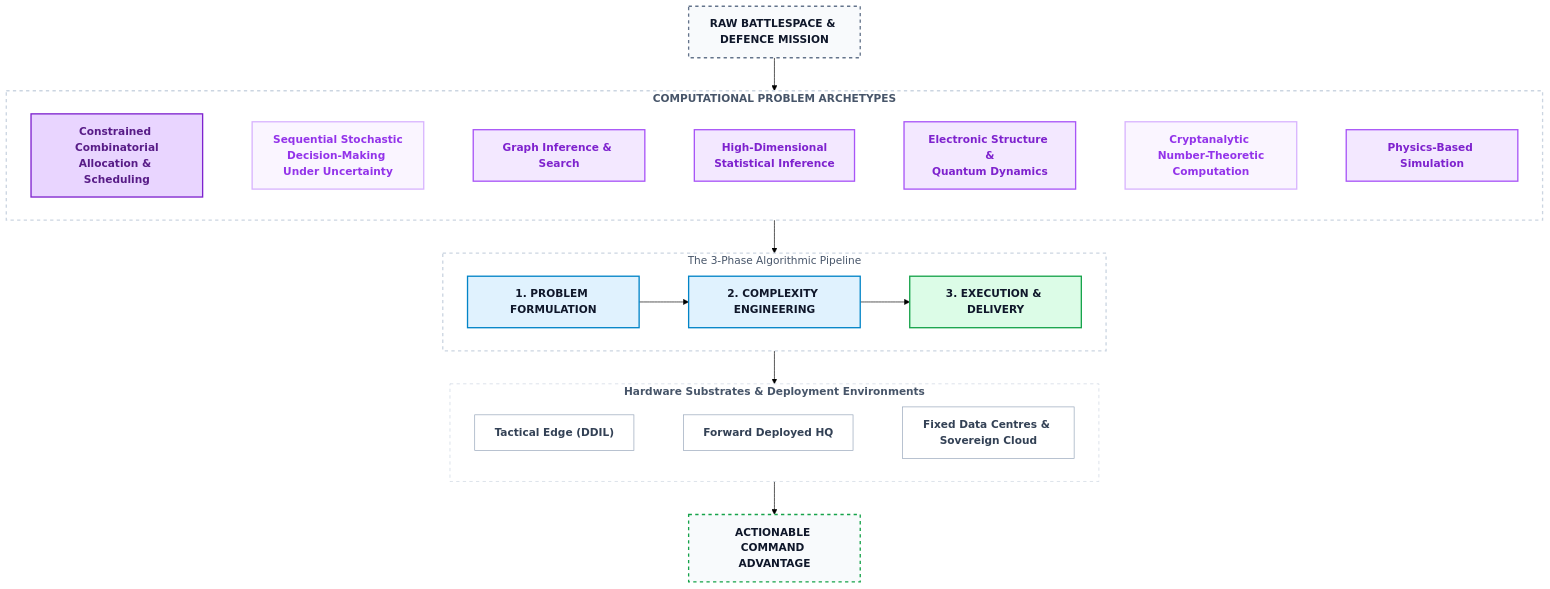
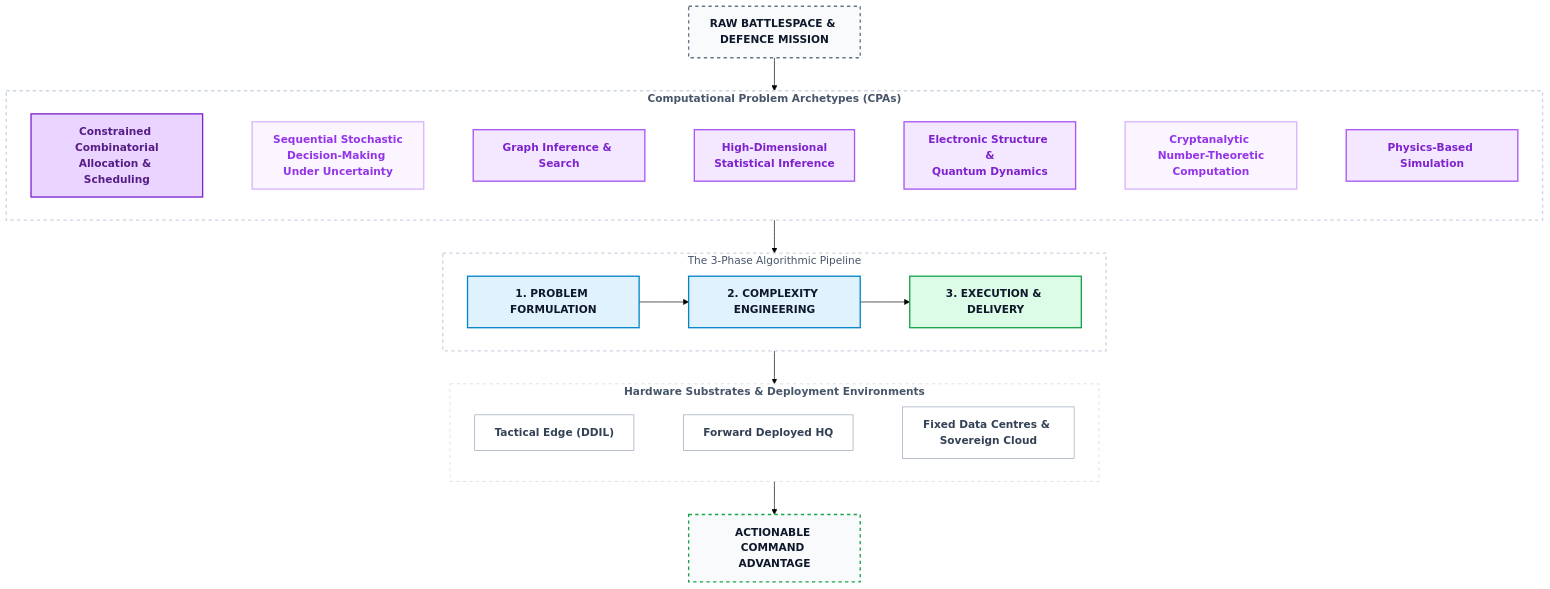
The first of 6 diagrams in quantum/The_Emergent_Algorithmic_Bridge.md (baddogdown/knowledge), drawn with Mermaid (forest theme) before and after one commit. The commit also changed other lines of this file, not shown here.

Commit message:
merging CKFs / CPAs into algo bridge - fixing bad agy update

````diff
--- a/quantum/The_Emergent_Algorithmic_Bridge.md
+++ b/quantum/The_Emergent_Algorithmic_Bridge.md
@@ -25,76 +25,76 @@
 ```mermaid
 flowchart TB
 
     %% 1. INPUT
     INBOUND["<b>RAW BATTLESPACE & DEFENCE MISSION</b>"]
 
     %% 2. COMPUTATIONAL PROBLEM ARCHETYPES
-    subgraph CPAS ["<b>COMPUTATIONAL PROBLEM ARCHETYPES</b>"]
+    subgraph CPAS ["<b>Computational Problem Archetypes (CPAs)</b>"]
         direction LR
         CPA1["<b>Constrained Combinatorial<br/>Allocation & Scheduling</b>"]
         CPA2["<b>Sequential Stochastic<br/>Decision-Making Under Uncertainty</b>"]
         CPA3["<b>Graph Inference & Search</b>"]
         CPA4["<b>High-Dimensional<br/>Statistical Inference</b>"]
         CPA5["<b>Electronic Structure &<br/>Quantum Dynamics</b>"]
         CPA6["<b>Cryptanalytic Number-Theoretic<br/>Computation</b>"]
         CPA7["<b>Physics-Based Simulation</b>"]
         
         CPA1 ~~~ CPA2 ~~~ CPA3 ~~~ CPA4 ~~~ CPA5 ~~~ CPA6 ~~~ CPA7
     end
 
     %% 3. PIPELINE PHASES 
     subgraph PHASES ["The 3-Phase Algorithmic Pipeline"]
         direction LR
         P1["<b>1. PROBLEM FORMULATION</b>"] --> P2["<b>2. COMPLEXITY ENGINEERING</b>"] --> P3["<b>3. EXECUTION & DELIVERY</b><br/>"]
     end
 
     %% 4. UNDERPINNING DEPLOYMENT ENVIRONMENTS
     subgraph ENV ["<b>Hardware Substrates & Deployment Environments</b>"]
         direction LR
         E1["<b>Tactical Edge (DDIL)</b>"]
         E2["<b>Forward Deployed HQ</b>"]
         E3["<b>Fixed Data Centres & Sovereign Cloud</b>"]
         
         E1 ~~~ E2 ~~~ E3
     end
 
     %% 5. OUTPUT
     OUTBOUND["<b>ACTIONABLE COMMAND ADVANTAGE</b>"]
 
 
     %% CONNECTIONS
     INBOUND --> CPAS
     CPAS --> PHASES
     PHASES --> ENV
     ENV --> OUTBOUND
 
     %% ==========================================
     %% STYLING
     %% ==========================================
     style INBOUND fill:#f8fafc,stroke:#64748b,stroke-width:2px,color:#0f172a, stroke-dasharray: 5 5
     style OUTBOUND fill:#f8fafc,stroke:#16a34a,stroke-width:2px,color:#0f172a, stroke-dasharray: 5 5
 
     %% Faint dashed wrapper boxes
     style CPAS fill:#ffffff,stroke:#cbd5e1,stroke-width:2px,stroke-dasharray: 5 5,color:#475569
     style PHASES fill:#ffffff,stroke:#cbd5e1,stroke-width:2px,stroke-dasharray: 5 5,color:#475569
     style ENV fill:#ffffff,stroke:#cbd5e1,stroke-width:1px,stroke-dasharray: 5 5,color:#475569
 
     %% Problem Archetype boxes (Matched to Live Spreadsheet Readiness Bands: H=Dark, M=Medium, L=Light)
     style CPA1 fill:#e9d5ff,stroke:#7e22ce,stroke-width:2px,color:#581c87
     style CPA2 fill:#faf5ff,stroke:#d8b4fe,stroke-width:2px,color:#9333ea
     style CPA3 fill:#f3e8ff,stroke:#a855f7,stroke-width:2px,color:#7e22ce
     style CPA4 fill:#f3e8ff,stroke:#a855f7,stroke-width:2px,color:#7e22ce
     style CPA5 fill:#f3e8ff,stroke:#a855f7,stroke-width:2px,color:#7e22ce
     style CPA6 fill:#faf5ff,stroke:#d8b4fe,stroke-width:2px,color:#9333ea
     style CPA7 fill:#f3e8ff,stroke:#a855f7,stroke-width:2px,color:#7e22ce
 
     %% Phase boxes (Kept colors: 1&2 Sovereign Blue, 3 Marketplace Green)
     style P1 fill:#e0f2fe,stroke:#0284c7,stroke-width:2px,color:#0f172a
     style P2 fill:#e0f2fe,stroke:#0284c7,stroke-width:2px,color:#0f172a
     style P3 fill:#dcfce7,stroke:#16a34a,stroke-width:2px,color:#0f172a
 
     %% Environment layer inner boxes
     style E1 fill:#ffffff,stroke:#94a3b8,stroke-width:1px,color:#334155
     style E2 fill:#ffffff,stroke:#94a3b8,stroke-width:1px,color:#334155
     style E3 fill:#ffffff,stroke:#94a3b8,stroke-width:1px,color:#334155
 ```
````
